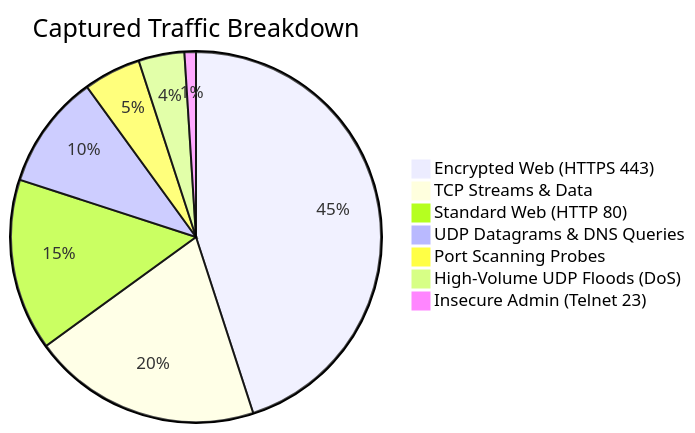
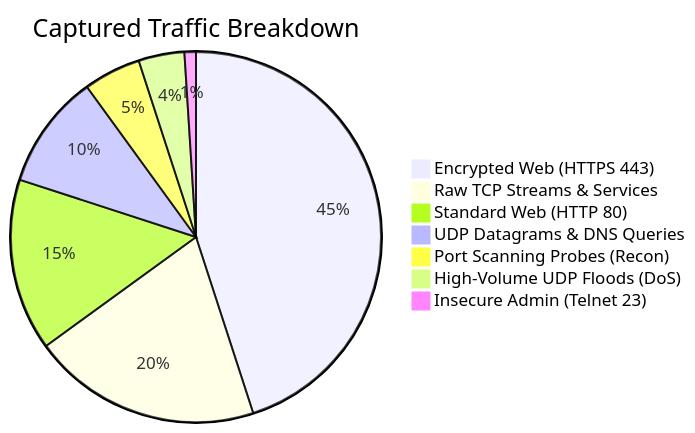
The first of 3 diagrams in README.md (PriyanshuPundir01/CyberSentinal), drawn with Mermaid before and after one commit. The commit also changed other lines of this file and 2 other files, not shown here.

````diff
--- a/README.md
+++ b/README.md
@@ -73,10 +72,10 @@
 ```mermaid
 pie title Captured Traffic Breakdown
     "Encrypted Web (HTTPS 443)" : 45
-    "TCP Streams & Data" : 20
+    "Raw TCP Streams & Services" : 20
     "Standard Web (HTTP 80)" : 15
     "UDP Datagrams & DNS Queries" : 10
-    "Port Scanning Probes" : 5
+    "Port Scanning Probes (Recon)" : 5
     "High-Volume UDP Floods (DoS)" : 4
     "Insecure Admin (Telnet 23)" : 1
 ```
````
